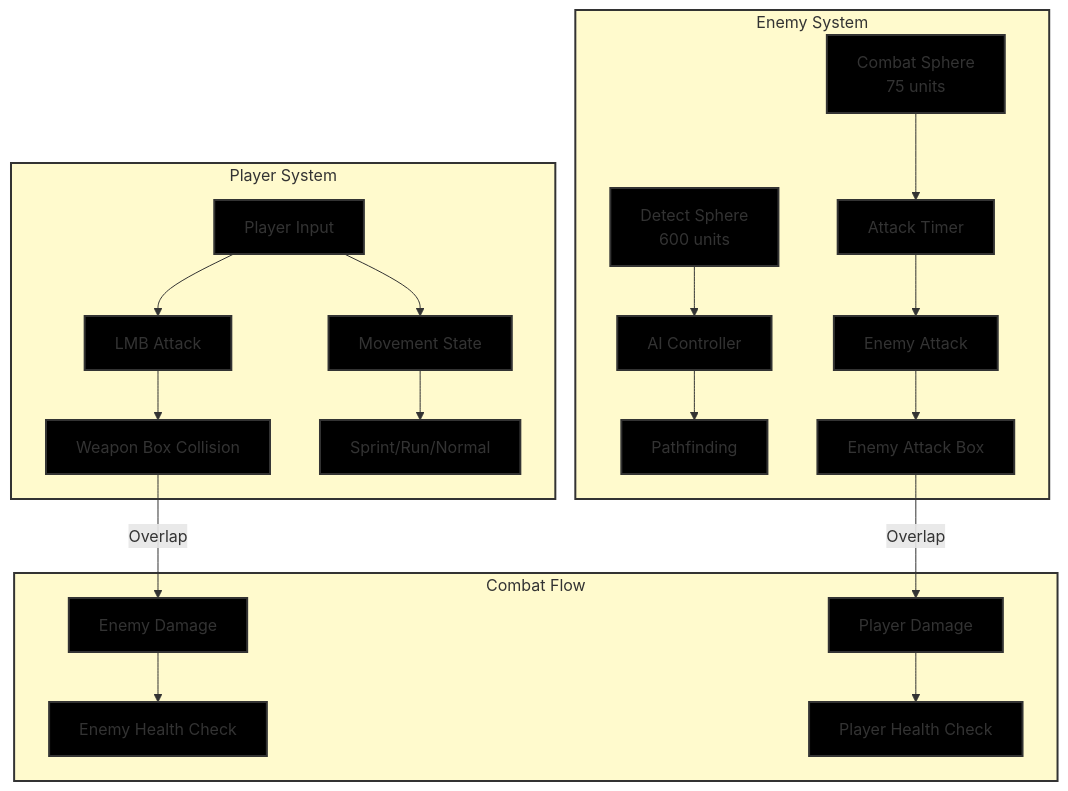
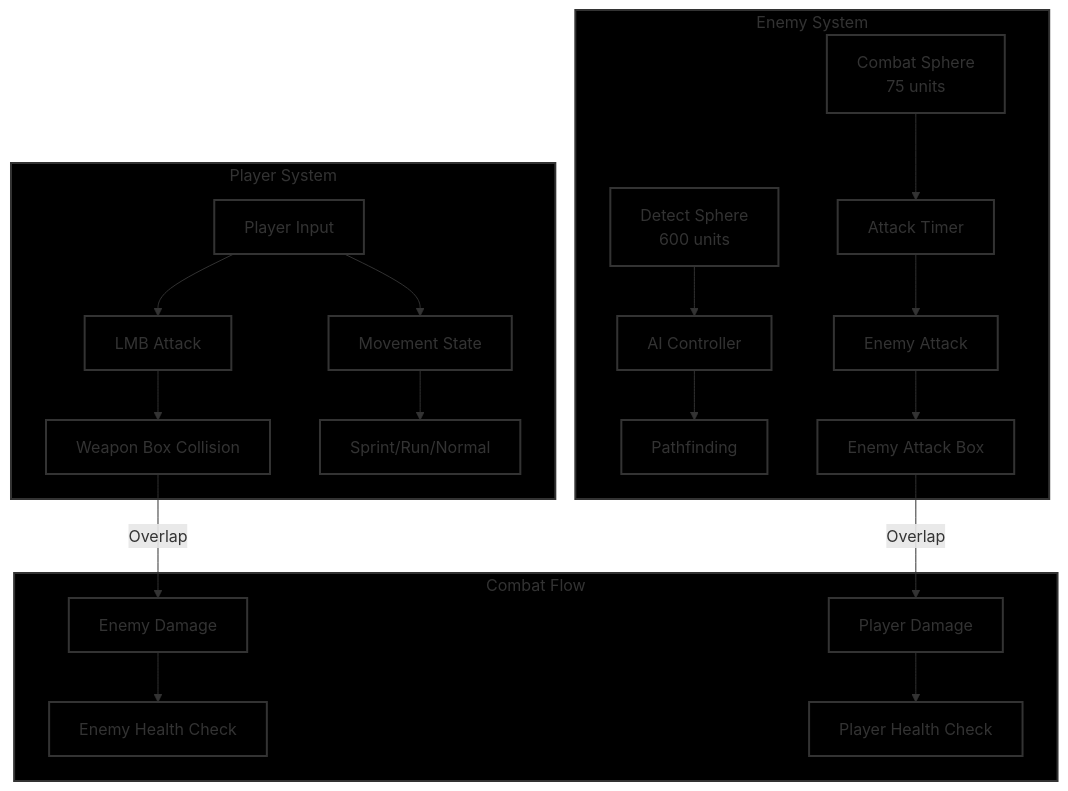
The diagram in README.md (Sayan11071998/Monster-Kingdom), drawn with Mermaid before and after one commit.

````diff
--- a/README.md
+++ b/README.md
@@ -15,59 +15,59 @@
 ```mermaid
 flowchart TD
     subgraph PlayerSystem["Player System"]
         PlayerInput[Player Input]
         LMBAttack[LMB Attack]
         MovementState[Movement State]
         WeaponBoxCollision[Weapon Box Collision]
         SprintRunNormal[Sprint/Run/Normal]
         
         PlayerInput --> LMBAttack
         PlayerInput --> MovementState
         LMBAttack --> WeaponBoxCollision
         MovementState --> SprintRunNormal
     end
     
     subgraph EnemySystem["Enemy System"]
         CombatSphere[Combat Sphere<br/>75 units]
         DetectSphere[Detect Sphere<br/>600 units]
         AttackTimer[Attack Timer]
         AIController[AI Controller]
         EnemyAttack[Enemy Attack]
         Pathfinding[Pathfinding]
         EnemyAttackBox[Enemy Attack Box]
         
         CombatSphere --> AttackTimer
         DetectSphere --> AIController
         AIController --> Pathfinding
         AttackTimer --> EnemyAttack
         EnemyAttack --> EnemyAttackBox
     end
     
     subgraph CombatFlow["Combat Flow"]
         EnemyDamage[Enemy Damage]
         EnemyHealthCheck[Enemy Health Check]
         PlayerDamage[Player Damage]
         PlayerHealthCheck[Player Health Check]
         
         EnemyDamage --> EnemyHealthCheck
         PlayerDamage --> PlayerHealthCheck
     end
     
     WeaponBoxCollision -->|Overlap| EnemyDamage
     EnemyAttackBox -->|Overlap| PlayerDamage
     
     classDef pinkStyle fill:#000000,stroke:#333,stroke-width:2px
     classDef purpleStyle fill:#000000,stroke:#333,stroke-width:2px
     classDef blueStyle fill:#000000,stroke:#333,stroke-width:2px
     classDef greenStyle fill:#000000,stroke:#333,stroke-width:2px
     classDef yellowBg fill:#000000,stroke:#333,stroke-width:2px
     
     class CombatSphere,EnemyAttackBox pinkStyle
     class PlayerInput,LMBAttack,MovementState,SprintRunNormal,AttackTimer,EnemyAttack,AIController,Pathfinding,EnemyDamage,EnemyHealthCheck,PlayerDamage,PlayerHealthCheck purpleStyle
     class DetectSphere blueStyle
     class WeaponBoxCollision greenStyle
     
-    style PlayerSystem fill:#FFFACD,stroke:#333,stroke-width:2px
-    style EnemySystem fill:#FFFACD,stroke:#333,stroke-width:2px
-    style CombatFlow fill:#FFFACD,stroke:#333,stroke-width:2px
+    style PlayerSystem fill:#000000,stroke:#333,stroke-width:2px
+    style EnemySystem fill:#000000,stroke:#333,stroke-width:2px
+    style CombatFlow fill:#000000,stroke:#333,stroke-width:2px
 ```
````
